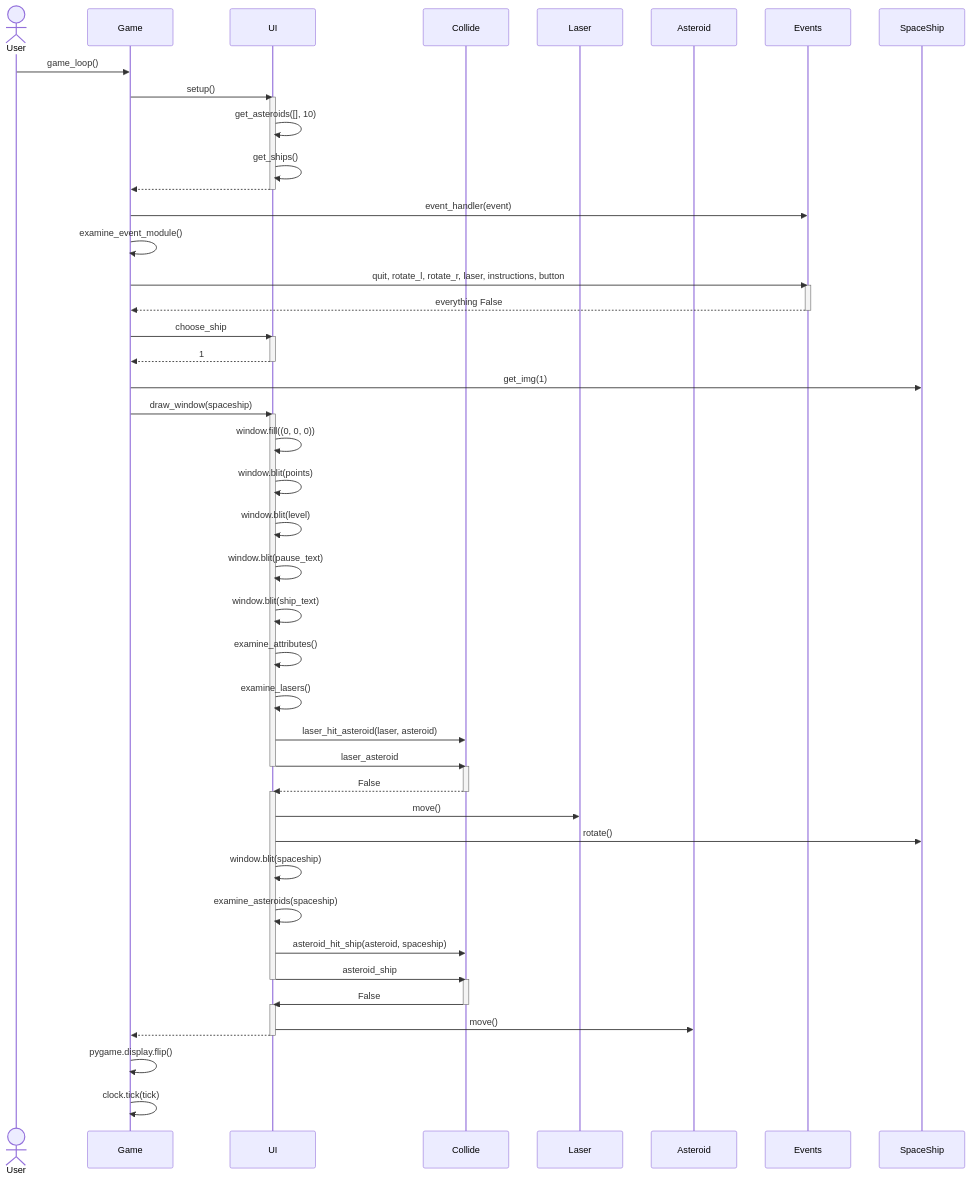
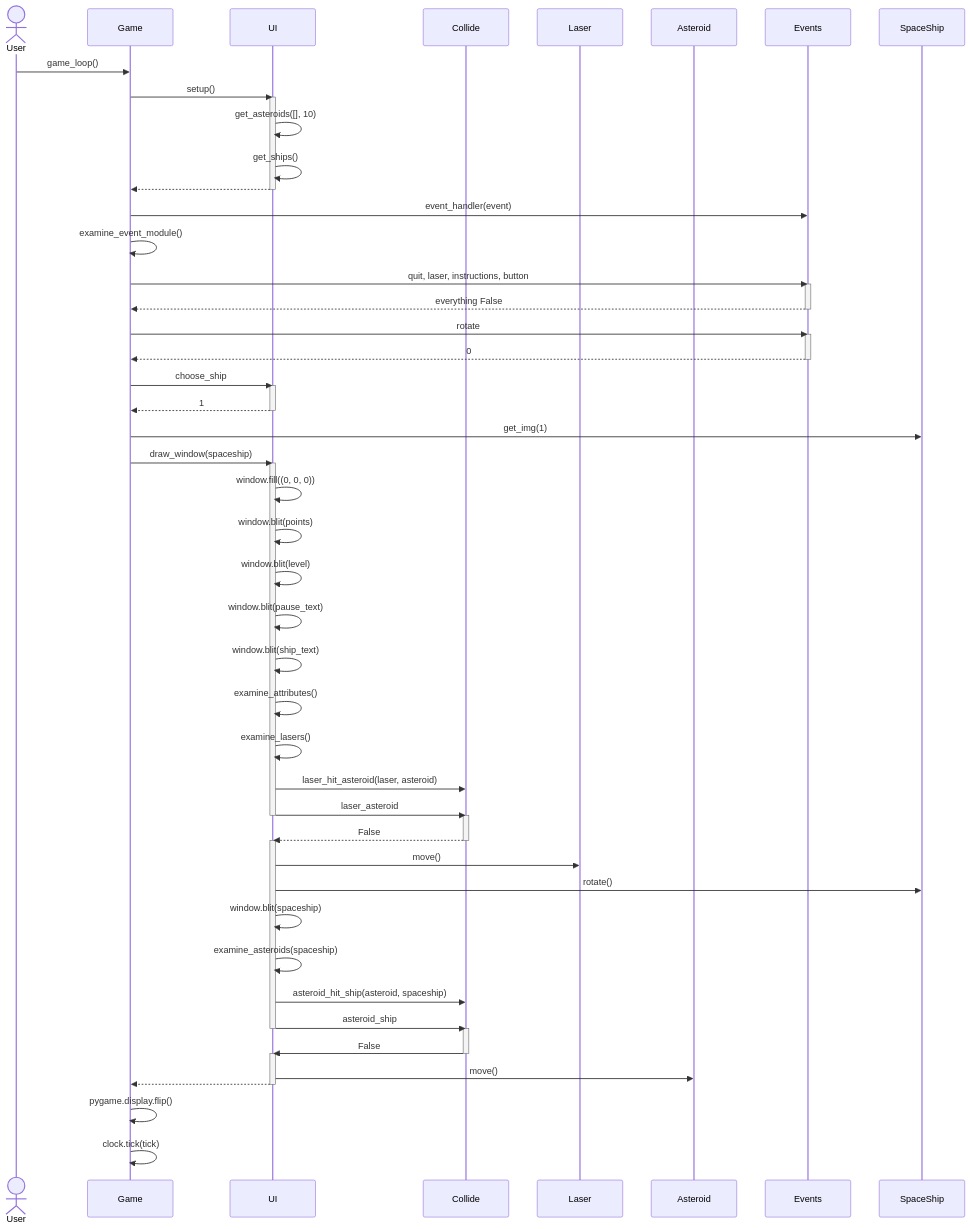
The second of 2 diagrams in dokumentaatio/arkkitehtuuri.md (olgahuusari/ot-harjoitustyo), drawn with Mermaid before and after one commit.

````diff
--- a/dokumentaatio/arkkitehtuuri.md
+++ b/dokumentaatio/arkkitehtuuri.md
@@ -82,61 +82,65 @@
 ```mermaid
 sequenceDiagram
     actor User
     participant Game
     participant UI
     participant Collide
     participant Laser
     participant Asteroid
     participant Events
     participant SpaceShip
     User ->> Game : game_loop()
     Game ->> UI : setup()
     activate UI
     UI ->> UI : get_asteroids([], 10)
     UI ->> UI : get_ships()
     UI -->> Game : 
     deactivate UI
     Game ->> Events : event_handler(event)
     Game ->> Game : examine_event_module()
-    Game ->> Events : quit, rotate_l, rotate_r, laser, instructions, button
+    Game ->> Events : quit, laser, instructions, button
     activate Events
     Events -->> Game : everything False
+    deactivate Events
+    Game ->> Events : rotate
+    activate Events
+    Events -->> Game : 0
     deactivate Events
     Game ->> UI : choose_ship
     activate UI
     UI -->> Game : 1
     deactivate UI
     Game ->> SpaceShip : get_img(1)
     Game ->> UI : draw_window(spaceship)
     activate UI
     UI ->> UI : window.fill((0, 0, 0))
     UI ->> UI : window.blit(points)
     UI ->> UI : window.blit(level)
     UI ->> UI : window.blit(pause_text)
     UI ->> UI : window.blit(ship_text)
     UI ->> UI : examine_attributes()
     UI ->> UI : examine_lasers()
     UI ->> Collide : laser_hit_asteroid(laser, asteroid)
     UI ->> Collide : laser_asteroid
     deactivate UI
     activate Collide
     Collide -->> UI : False
     deactivate Collide
     activate UI
     UI ->> Laser : move()
     UI ->> SpaceShip : rotate()
     UI ->> UI : window.blit(spaceship)
     UI ->> UI : examine_asteroids(spaceship)
     UI ->> Collide : asteroid_hit_ship(asteroid, spaceship)
     UI ->> Collide : asteroid_ship
     deactivate UI
     activate Collide
     Collide ->> UI : False
     deactivate Collide
     activate UI
     UI ->> Asteroid : move()
     UI -->> Game : 
     deactivate UI
     Game ->> Game : pygame.display.flip()
     Game ->> Game : clock.tick(tick)
 ```
````
